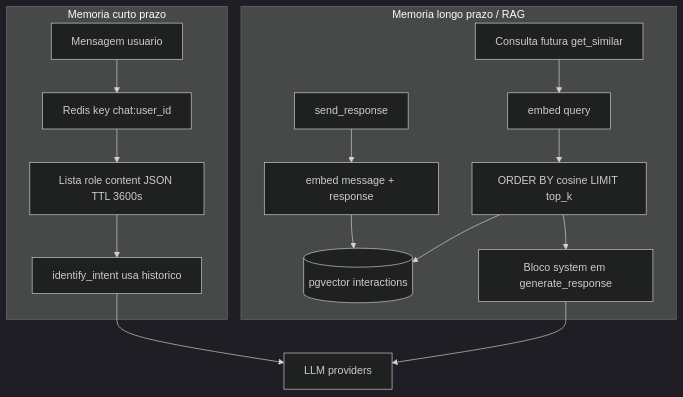
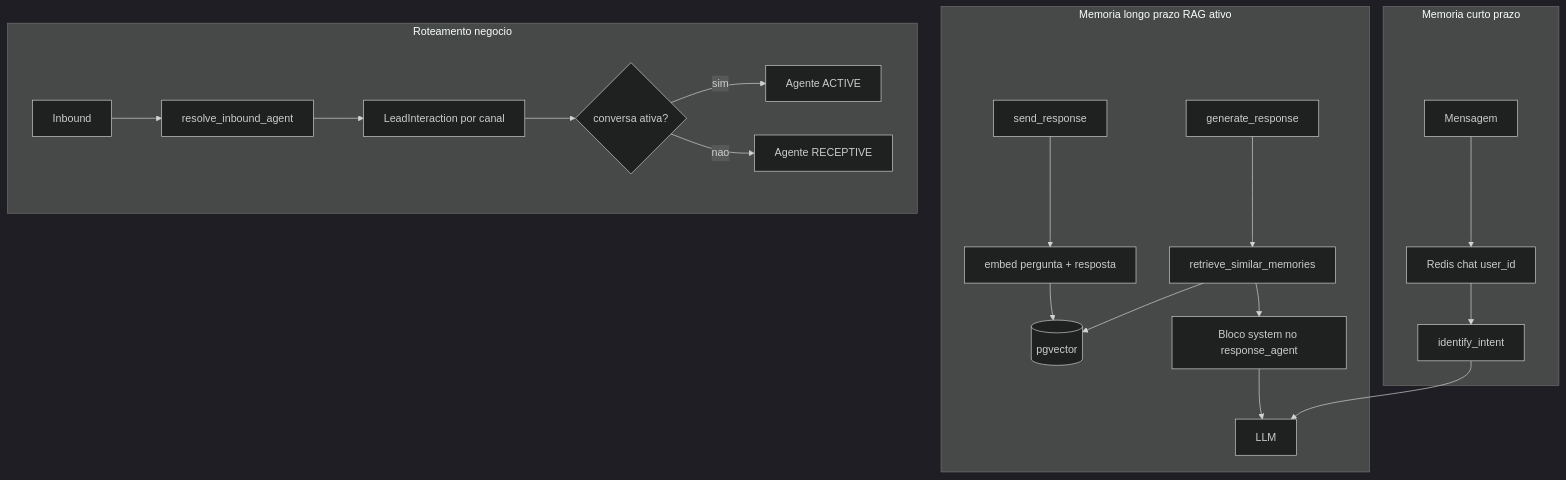
One commit to ersjunior/autonomous-agent changed the fifth of 5 diagrams in README.md. Above: the diagram before and after it, drawn with Mermaid (dark theme). The commit also changed other lines of this file and 52 other files, not shown here.

First line of the commit message:
feat: modelo de propriedade/protecao (sistema vs usuario), agentes padrao e roteamento

````diff
--- a/README.md
+++ b/README.md
@@ -231,23 +344,29 @@
 ```mermaid
 flowchart TB
   subgraph curto [Memoria curto prazo]
-    M[Mensagem usuario]
-    M --> K["Redis key chat:user_id"]
-    K --> H[Lista role content JSON TTL 3600s]
-    H --> INT[identify_intent usa historico]
+    M[Mensagem]
+    M --> K[Redis chat user_id]
+    K --> INT[identify_intent]
   end
 
-  subgraph longo [Memoria longo prazo / RAG]
+  subgraph longo [Memoria longo prazo RAG ativo]
     SR[send_response]
-    SR --> EMB[embed message + response]
-    EMB --> V[(pgvector interactions)]
-    Q2[Consulta futura get_similar]
-    Q2 --> EMB2[embed query]
-    EMB2 --> SEARCH[ORDER BY cosine LIMIT top_k]
-    SEARCH --> V
-    SEARCH --> CTX[Bloco system em generate_response]
+    SR --> EMB[embed pergunta + resposta]
+    EMB --> V[(pgvector)]
+    GR[generate_response]
+    GR --> Q2[retrieve_similar_memories]
+    Q2 --> V
+    Q2 --> CTX[Bloco system no response_agent]
+    CTX --> LLM[LLM]
   end
 
-  INT --> LLM[LLM providers]
-  CTX --> LLM
+  subgraph rota [Roteamento negocio]
+    IN[Inbound] --> RES[resolve_inbound_agent]
+    RES --> LI[LeadInteraction por canal]
+    LI --> OPEN{conversa ativa?}
+    OPEN -->|sim| A1[Agente ACTIVE]
+    OPEN -->|nao| R1[Agente RECEPTIVE]
+  end
+
+  INT --> LLM
 ```
````
